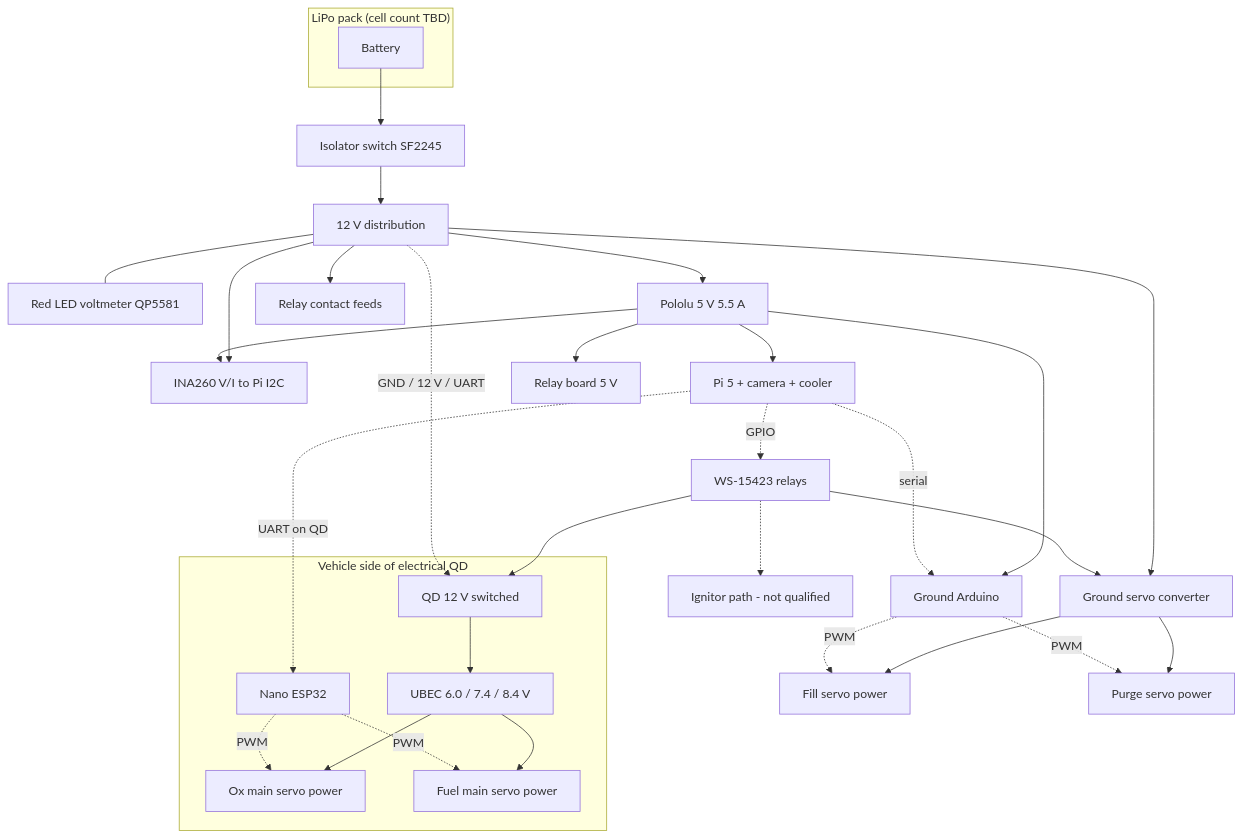
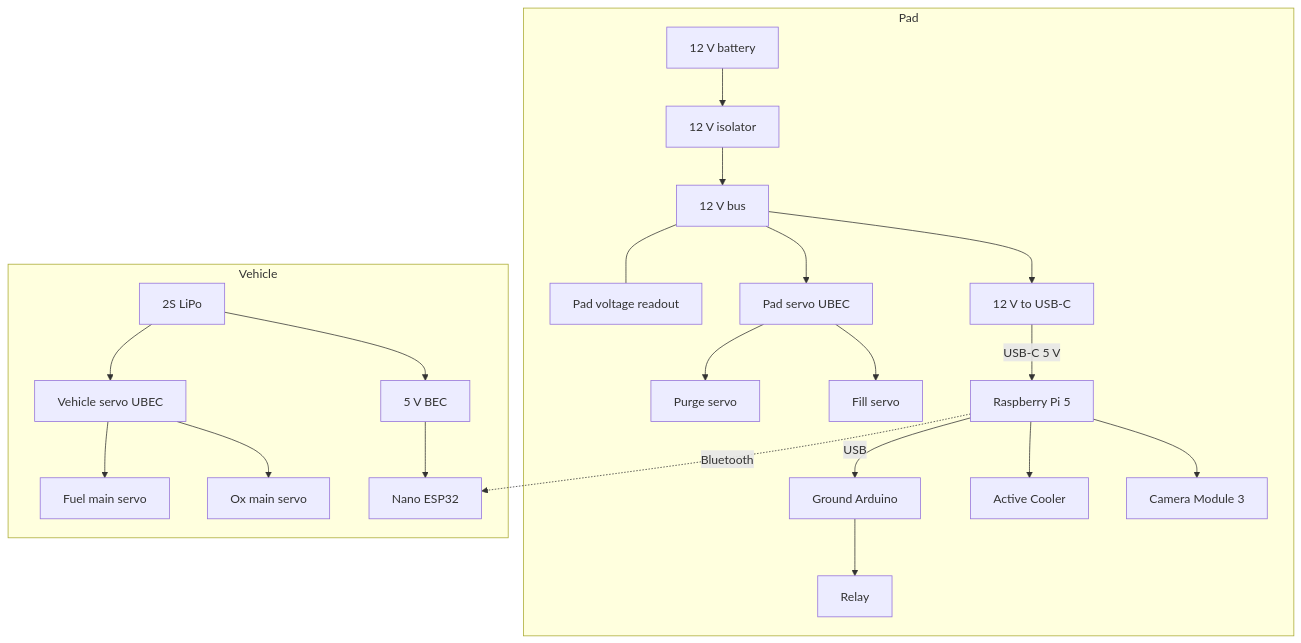
Before and after one commit to Lv-L/PistonLiquidRocket: the second of 2 diagrams in Documentation Vault/02-Design/02-Ground Support Equipment/01-GSE Overview.md, drawn with Mermaid. The commit also changed other lines of this file and 5 other files, not shown here.

````diff
--- a/Documentation Vault/02-Design/02-Ground Support Equipment/01-GSE Overview.md
+++ b/Documentation Vault/02-Design/02-Ground Support Equipment/01-GSE Overview.md
@@ -156,48 +23,27 @@
 ```mermaid
 flowchart TB
-    subgraph PACK["LiPo pack (cell count TBD)"]
-        BAT[Battery]
+    subgraph PAD[Pad]
+        B12[12 V battery] --> ISO[12 V isolator]
+        ISO --> V12[12 V bus]
+        V12 --> USBPD[12 V to USB-C]
+        V12 --> PUBEC[Pad servo UBEC]
+        V12 --- READ[Pad voltage readout]
+        USBPD -->|USB-C 5 V| PI[Raspberry Pi 5]
+        PI --> CAM[Camera Module 3]
+        PI --> FAN[Active Cooler]
+        PI -->|USB| ARD[Ground Arduino]
+        ARD --> RLY[Relay]
+        PUBEC --> FILL[Fill servo]
+        PUBEC --> PURGE[Purge servo]
     end
 
-    ISOL[Isolator switch SF2245]
-    VMETER[Red LED voltmeter QP5581]
-    INA[INA260 V/I to Pi I2C]
-
-    BAT --> ISOL
-    ISOL --> DIST[12 V distribution]
-    DIST --- VMETER
-    DIST --> INA
-
-    DIST --> BUCK5[Pololu 5 V 5.5 A]
-    DIST --> BECGnd[Ground servo converter]
-    DIST --> RLYPWR[Relay contact feeds]
-
-    BUCK5 --> PI[Pi 5 + camera + cooler]
-    BUCK5 --> RLY5[Relay board 5 V]
-    BUCK5 --> GNDMCU[Ground Arduino]
-    BUCK5 --> INA
-
-    PI -.->|GPIO| RLY[WS-15423 relays]
-    PI -.->|serial| GNDMCU
-    PI -.->|UART on QD| FMCU[Nano ESP32]
-
-    RLY --> BECGnd
-    RLY --> QD12[QD 12 V switched]
-    RLY -.-> IGN[Ignitor path - not qualified]
-
-    BECGnd --> FILL[Fill servo power]
-    BECGnd --> PURGE[Purge servo power]
-    GNDMCU -.->|PWM| FILL
-    GNDMCU -.->|PWM| PURGE
-
-    subgraph VEH["Vehicle side of electrical QD"]
-        QD12 --> UBEC[UBEC 6.0 / 7.4 / 8.4 V]
-        FMCU
-        UBEC --> OX[Ox main servo power]
-        UBEC --> FUEL[Fuel main servo power]
-        FMCU -.->|PWM| OX
-        FMCU -.->|PWM| FUEL
+    subgraph VEH[Vehicle]
+        B2S[2S LiPo] --> ESPBEC[5 V BEC]
+        B2S --> VUBEC[Vehicle servo UBEC]
+        ESPBEC --> ESP[Nano ESP32]
+        VUBEC --> OX[Ox main servo]
+        VUBEC --> FUEL[Fuel main servo]
     end
 
-    DIST -.->|GND / 12 V / UART| QD12
+    PI -.->|Bluetooth| ESP
 ```
````
